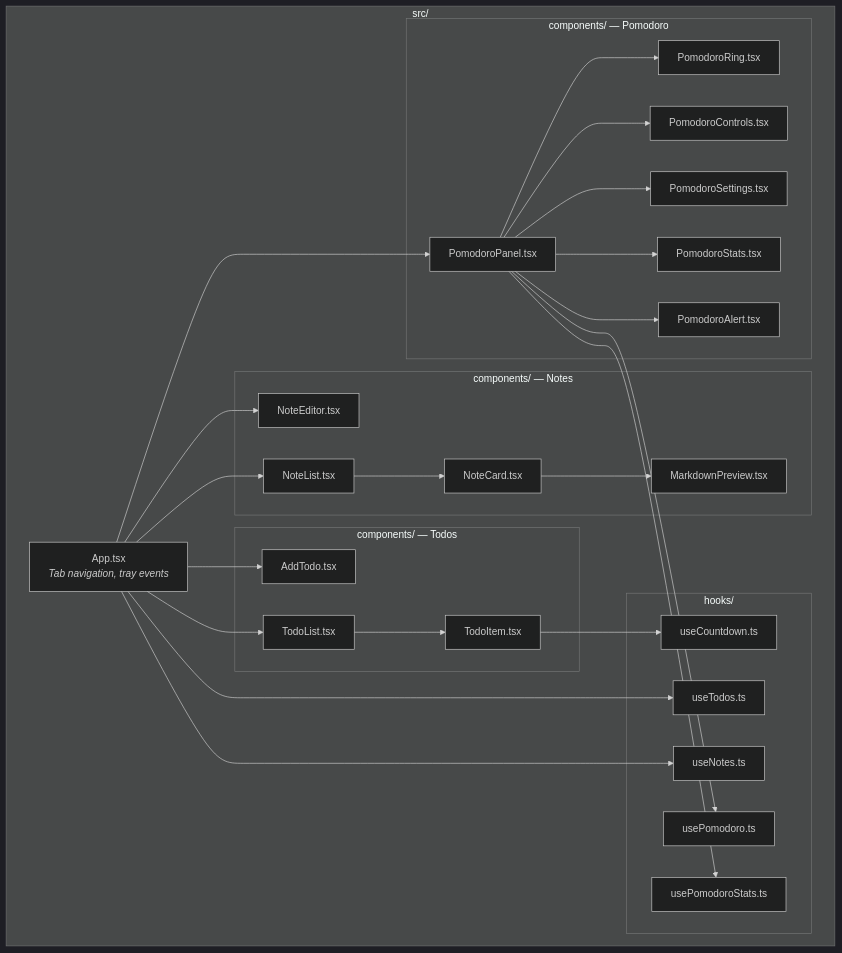
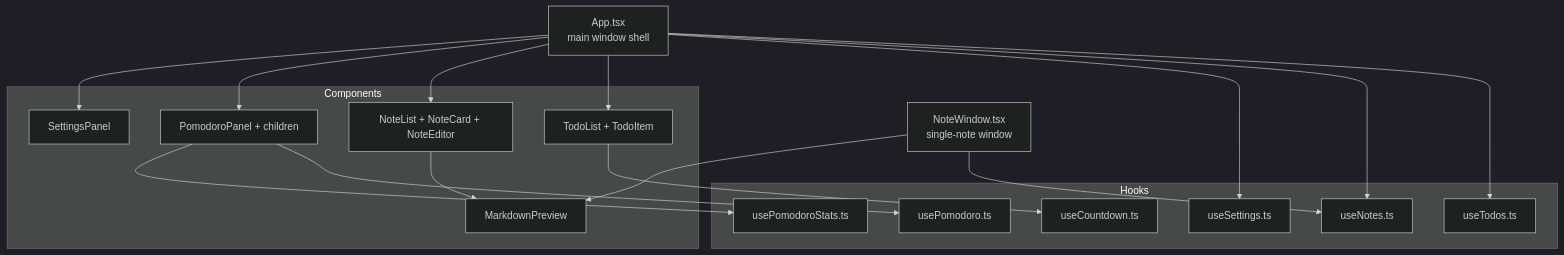
The fourth of 5 diagrams in doc/02-architecture.md (walterfan/lazy-todo-app), drawn with Mermaid (dark theme) before and after one commit. The commit also changed other lines of this file and 83 other files, not shown here.

````diff
--- a/doc/02-architecture.md
+++ b/doc/02-architecture.md
@@ -91,58 +94,37 @@
 ```mermaid
-graph TB
-    subgraph "src/"
-        APP["App.tsx<br/><i>Tab navigation, tray events</i>"]
+graph TD
+    MAIN["App.tsx<br/>main window shell"]
+    NOTE_WINDOW["NoteWindow.tsx<br/>single-note window"]
 
-        subgraph "hooks/"
-            H_TODO["useTodos.ts"]
-            H_COUNT["useCountdown.ts"]
-            H_NOTE["useNotes.ts"]
-            H_POMO["usePomodoro.ts"]
-            H_STAT["usePomodoroStats.ts"]
-        end
-
-        subgraph "components/ — Todos"
-            C_ADD["AddTodo.tsx"]
-            C_ITEM["TodoItem.tsx"]
-            C_LIST["TodoList.tsx"]
-        end
-
-        subgraph "components/ — Notes"
-            C_EDIT["NoteEditor.tsx"]
-            C_CARD["NoteCard.tsx"]
-            C_NLIST["NoteList.tsx"]
-            C_MD["MarkdownPreview.tsx"]
-        end
-
-        subgraph "components/ — Pomodoro"
-            C_PANEL["PomodoroPanel.tsx"]
-            C_RING["PomodoroRing.tsx"]
-            C_CTRL["PomodoroControls.tsx"]
-            C_SET["PomodoroSettings.tsx"]
-            C_STATS["PomodoroStats.tsx"]
-            C_ALERT["PomodoroAlert.tsx"]
-        end
+    subgraph Hooks
+        H_TODO["useTodos.ts"]
+        H_NOTE["useNotes.ts"]
+        H_POMO["usePomodoro.ts"]
+        H_STATS["usePomodoroStats.ts"]
+        H_SETTINGS["useSettings.ts"]
+        H_COUNT["useCountdown.ts"]
     end
 
-    APP --> C_ADD
-    APP --> C_LIST
-    APP --> C_EDIT
-    APP --> C_NLIST
-    APP --> C_PANEL
+    subgraph Components
+        TODO_LIST["TodoList + TodoItem"]
+        NOTE_LIST["NoteList + NoteCard + NoteEditor"]
+        POMO["PomodoroPanel + children"]
+        SETTINGS["SettingsPanel"]
+        MD["MarkdownPreview"]
+    end
 
-    C_LIST --> C_ITEM
-    C_ITEM --> H_COUNT
-    C_NLIST --> C_CARD
-    C_CARD --> C_MD
+    MAIN --> H_TODO
+    MAIN --> H_NOTE
+    MAIN --> H_SETTINGS
+    MAIN --> TODO_LIST
+    MAIN --> NOTE_LIST
+    MAIN --> POMO
+    MAIN --> SETTINGS
 
-    C_PANEL --> C_RING
-    C_PANEL --> C_CTRL
-    C_PANEL --> C_SET
-    C_PANEL --> C_STATS
-    C_PANEL --> C_ALERT
-
-    APP --> H_TODO
-    APP --> H_NOTE
-    C_PANEL --> H_POMO
-    C_PANEL --> H_STAT
+    TODO_LIST --> H_COUNT
+    NOTE_LIST --> MD
+    NOTE_WINDOW --> MD
+    NOTE_WINDOW --> H_NOTE
+    POMO --> H_POMO
+    POMO --> H_STATS
 ```
````
